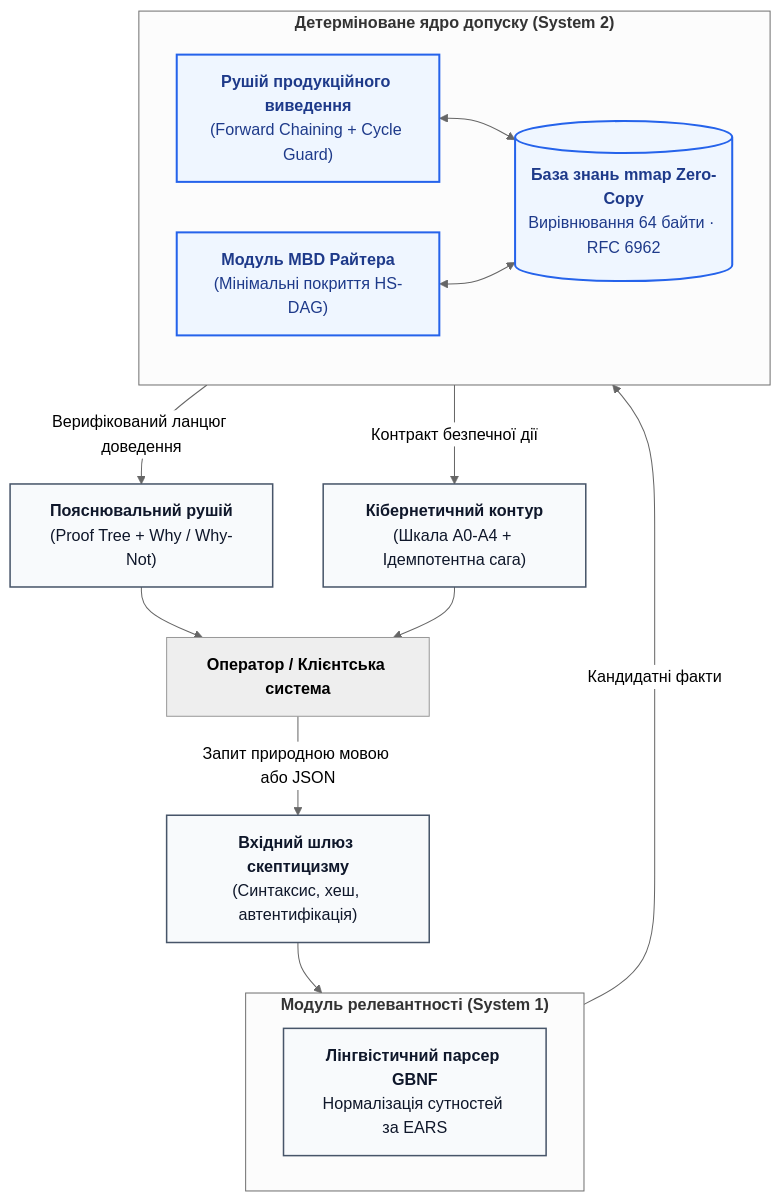
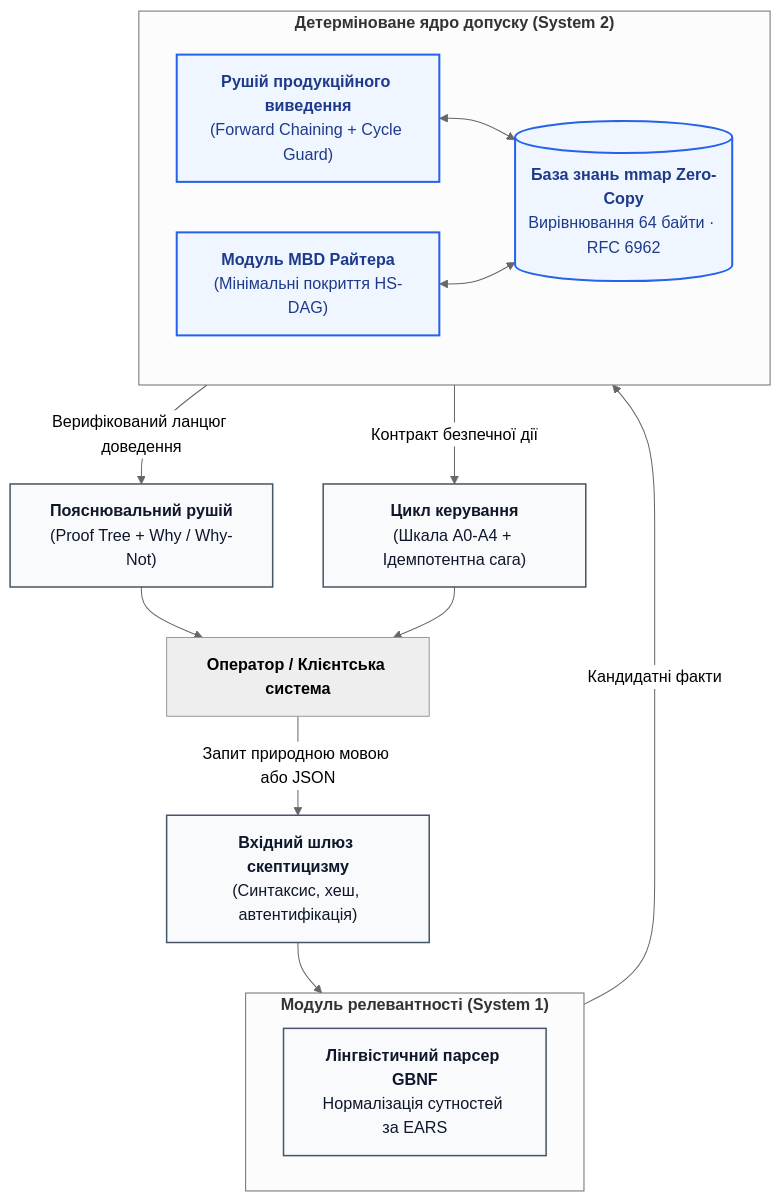
Before and after one commit to nick-fedchik/articles: the diagram in ExpertSystem/CAPSTONE.md, drawn with Mermaid (neutral theme). The commit also changed 193 other files, not shown here.

````diff
--- a/ExpertSystem/CAPSTONE.md
+++ b/ExpertSystem/CAPSTONE.md
@@ -28,33 +28,33 @@
 ```mermaid
 flowchart TD
-    accTitle: Архітектурний контур курсового проєкту доказової експертної системи
-    accDescr: Взаємодія між вхідним інтерфейсом, евристичним модулем, символьним ядром та виконавчим контуром.
+    accTitle: Архітектура курсового проєкту доказової експертної системи
+    accDescr: Взаємодія між вхідним інтерфейсом, евристичним модулем, символьним ядром та виконавчим механізмом.
 
     User["<b>Оператор / Клієнтська система</b>"] -->|"Запит природною мовою або JSON"| Gate["<b>Вхідний шлюз скептицизму</b><br/>(Синтаксис, хеш, автентифікація)"]
 
     subgraph Perception["<b>Модуль релевантності (System 1)</b>"]
         Parser["<b>Лінгвістичний парсер GBNF</b><br/>Нормалізація сутностей за EARS"]
     end
 
     subgraph Symbolic["<b>Детерміноване ядро допуску (System 2)</b>"]
         Engine["<b>Рушій продукційного виведення</b><br/>(Forward Chaining + Cycle Guard)"]
         Diag["<b>Модуль MBD Райтера</b><br/>(Мінімальні покриття HS-DAG)"]
         KB[("<b>База знань mmap Zero-Copy</b><br/>Вирівнювання 64 байти · RFC 6962")]
         Engine <--> KB
         Diag <--> KB
     end
 
     Gate --> Perception
     Perception -->|"Кандидатні факти"| Symbolic
 
     Symbolic -->|"Верифікований ланцюг доведення"| Explainer["<b>Пояснювальний рушій</b><br/>(Proof Tree + Why / Why-Not)"]
-    Symbolic -->|"Контракт безпечної дії"| Actuator["<b>Кібернетичний контур</b><br/>(Шкала A0-A4 + Ідемпотентна сага)"]
+    Symbolic -->|"Контракт безпечної дії"| Actuator["<b>Цикл керування</b><br/>(Шкала A0-A4 + Ідемпотентна сага)"]
 
     Explainer --> User
     Actuator --> User
 
     classDef core fill:#eff6ff,stroke:#2563eb,stroke-width:2px,color:#1e3a8a;
     classDef sec fill:#f8fafc,stroke:#475569,stroke-width:1.5px,color:#0f172a;
     class Engine,Diag,KB core;
     class Gate,Parser,Explainer,Actuator sec;
 ```
````
